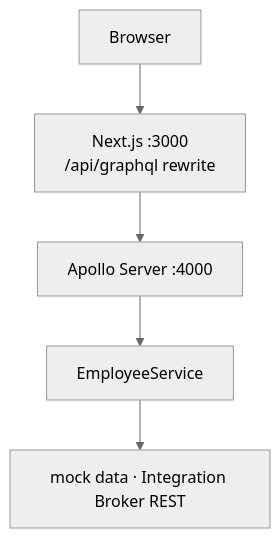
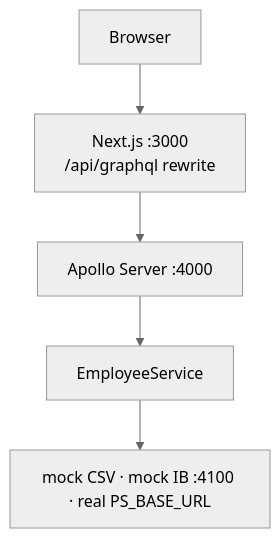
One commit to sergeville/peoplesoft-graphql-starter changed the first of 2 diagrams in README.md. Above: the diagram before and after it, drawn with Mermaid (neutral theme). The commit also changed other lines of this file and 9 other files, not shown here.

````diff
--- a/README.md
+++ b/README.md
@@ -101,9 +124,9 @@
 ```mermaid
 flowchart TB
   BR[Browser]
   NX[Next.js :3000<br/>/api/graphql rewrite]
   AP[Apollo Server :4000]
   ES[EmployeeService]
-  DATA[mock data · Integration Broker REST]
+  DATA[mock CSV · mock IB :4100 · real PS_BASE_URL]
   BR --> NX --> AP --> ES --> DATA
 ```
````
